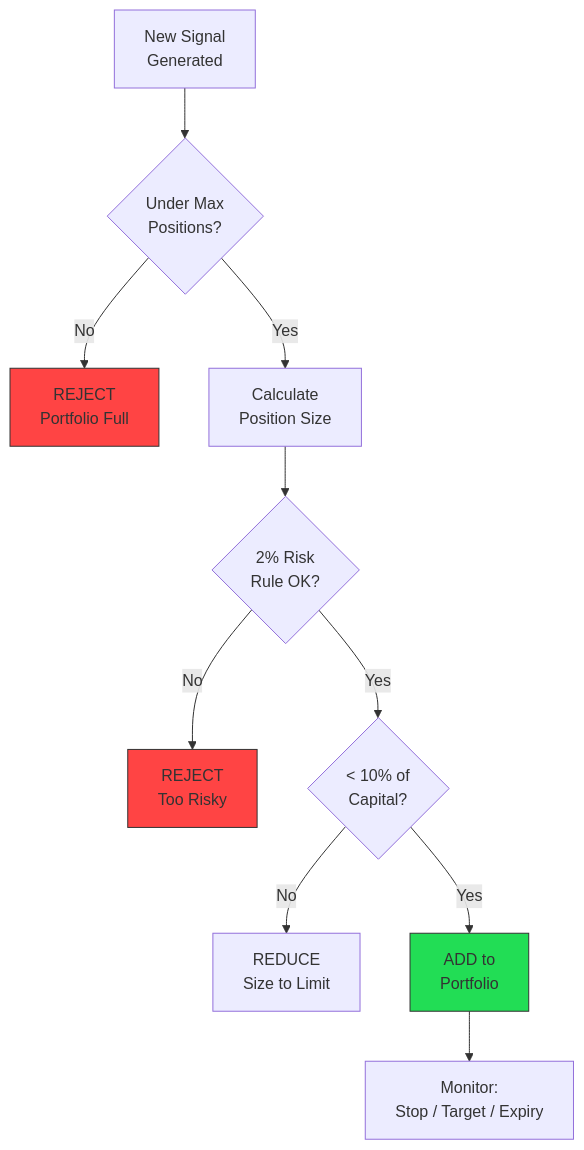
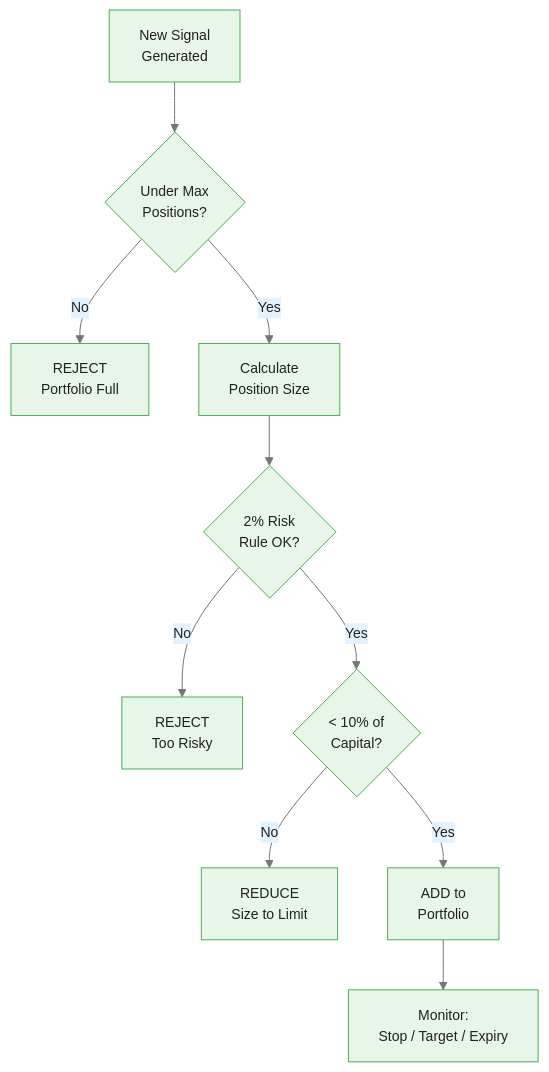
Before and after one commit to m-deane/course-creator: the fourth of 5 diagrams in courses/genai-commodities/modules/module_03_sentiment/guides/03_signal_construction_slides.md, drawn with Mermaid. The commit also changed other lines of this file and 84 other files, not shown here.

````diff
--- a/courses/genai-commodities/modules/module_03_sentiment/guides/03_signal_construction_slides.md
+++ b/courses/genai-commodities/modules/module_03_sentiment/guides/03_signal_construction_slides.md
@@ -530,19 +586,16 @@
 ```mermaid
+%%{init: {"theme": "base", "themeVariables": {"primaryColor": "#e8f5e9", "primaryBorderColor": "#4caf50", "primaryTextColor": "#212121", "secondaryColor": "#e3f2fd", "tertiaryColor": "#fff8e1", "lineColor": "#757575", "fontFamily": "Inter, sans-serif", "fontSize": "14px"}}}%%
 flowchart TD
     A[New Signal<br/>Generated] --> B{Under Max<br/>Positions?}
     B -->|No| C[REJECT<br/>Portfolio Full]
     B -->|Yes| D[Calculate<br/>Position Size]
 
     D --> E{2% Risk<br/>Rule OK?}
     E -->|No| F[REJECT<br/>Too Risky]
     E -->|Yes| G{< 10% of<br/>Capital?}
 
     G -->|No| H[REDUCE<br/>Size to Limit]
     G -->|Yes| I[ADD to<br/>Portfolio]
 
     I --> J[Monitor:<br/>Stop / Target / Expiry]
-
-    style I fill:#2d5,stroke:#333
-    style C fill:#f44,stroke:#333
-    style F fill:#f44,stroke:#333
 ```
````
